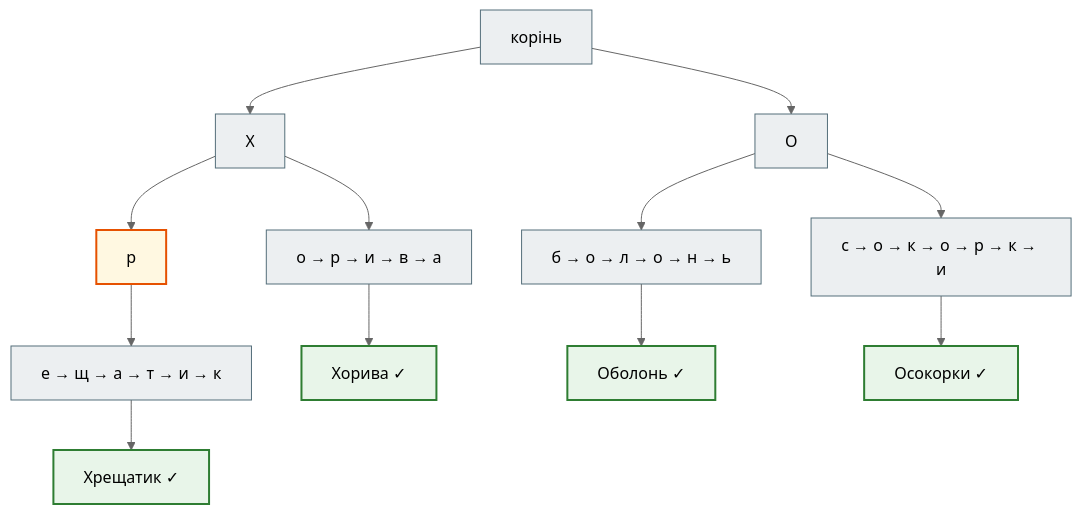
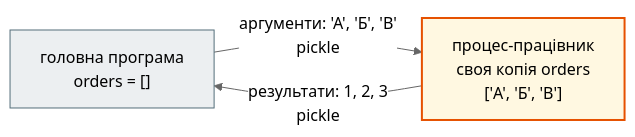
Before and after one commit to AlinaRadchenko/PY-Course-Victor-Nikoriak-22-09-2026: the fourth of 6 diagrams in docs/modules/m2/lesson_28.md, drawn with Mermaid (neutral theme). The commit also changed other lines of this file and 1846 other files, not shown here.

````diff
--- a/docs/modules/m2/lesson_28.md
+++ b/docs/modules/m2/lesson_28.md
@@ -376,24 +365,14 @@
 ```mermaid
-flowchart TD
+graph LR
     classDef step     fill:#eceff1,stroke:#546e7a,stroke-width:1px;
     classDef decision fill:#e3f2fd,stroke:#1565c0,stroke-width:2px;
     classDef success  fill:#e8f5e9,stroke:#2e7d32,stroke-width:2px;
     classDef error    fill:#ffebee,stroke:#c62828,stroke-width:3px;
     classDef warning  fill:#fff8e1,stroke:#e65100,stroke-width:2px;
 
-    R["корінь"] --> X["Х"]
-    R --> O["О"]
-    X --> XO["о → р → и → в → а"]
-    X --> XR["р"]
-    XR --> XRE["е → щ → а → т → и → к"]
-    XO --> W1["Хорива ✓"]
-    XRE --> W2["Хрещатик ✓"]
-    O --> OB["б → о → л → о → н → ь"]
-    O --> OS["с → о → к → о → р → к → и"]
-    OB --> W3["Оболонь ✓"]
-    OS --> W4["Осокорки ✓"]
+    M["головна програма<br>orders = []"] -- "аргументи: 'А', 'Б', 'В'<br>pickle" --> W["процес-працівник<br>своя копія orders<br>['А', 'Б', 'В']"]
+    W -- "результати: 1, 2, 3<br>pickle" --> M
 
-    class R,X,O,XO,XRE,OB,OS step
-    class XR warning
-    class W1,W2,W3,W4 success
+    class M step
+    class W warning
 ```
````
